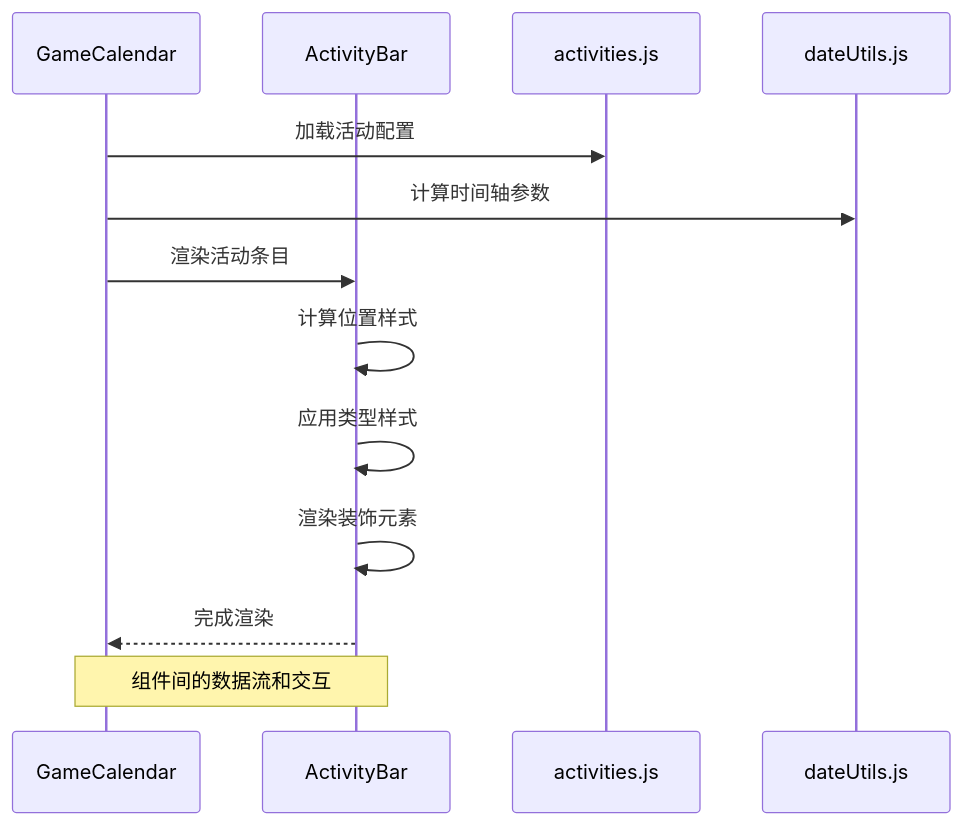
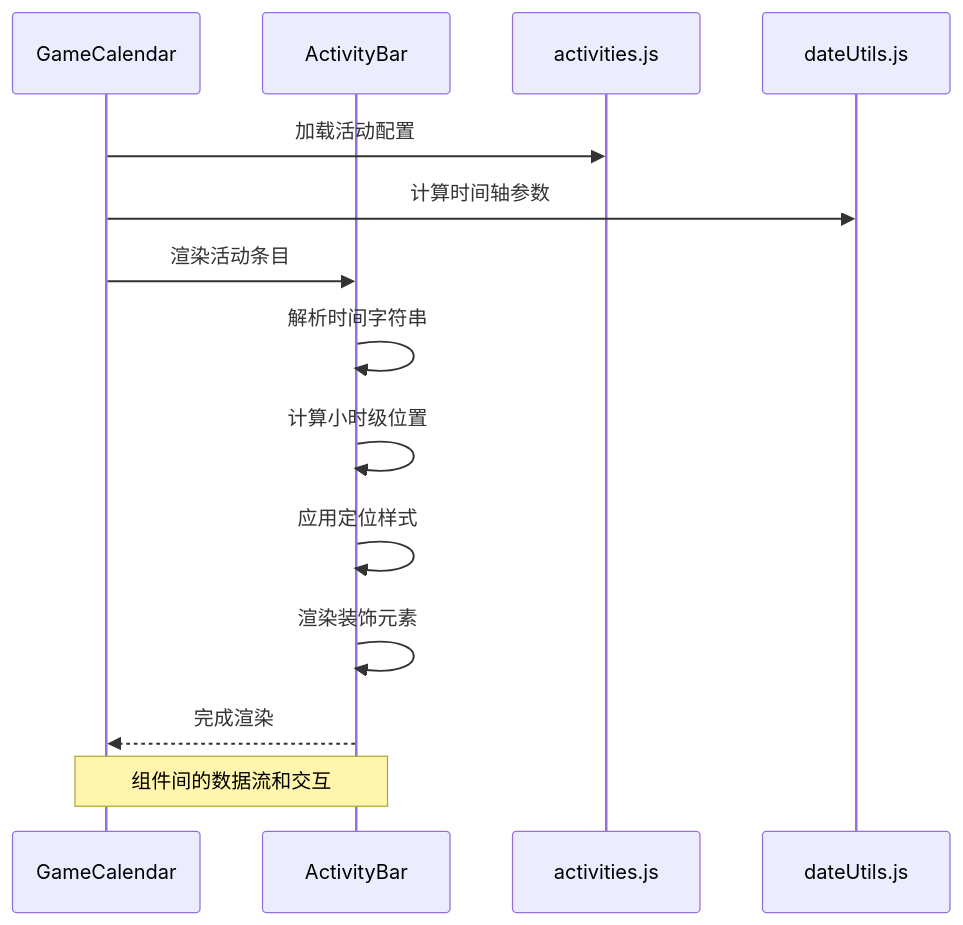
The second of 8 diagrams in .qoder/repowiki/zh/content/核心组件/ActivityBar 活动条目组件.md (xuanyulingnfeg/gameCalendar), drawn with Mermaid before and after one commit. The commit also changed other lines of this file and 5 other files, not shown here.

````diff
--- a/.qoder/repowiki/zh/content/核心组件/ActivityBar 活动条目组件.md
+++ b/.qoder/repowiki/zh/content/核心组件/ActivityBar 活动条目组件.md
@@ -129,15 +139,16 @@
 ```mermaid
 sequenceDiagram
 participant GC as GameCalendar
 participant AB as ActivityBar
 participant AC as activities.js
 participant DU as dateUtils.js
 GC->>AC : 加载活动配置
 GC->>DU : 计算时间轴参数
 GC->>AB : 渲染活动条目
-AB->>AB : 计算位置样式
-AB->>AB : 应用类型样式
+AB->>AB : 解析时间字符串
+AB->>AB : 计算小时级位置
+AB->>AB : 应用定位样式
 AB->>AB : 渲染装饰元素
 AB-->>GC : 完成渲染
 Note over GC,AB : 组件间的数据流和交互
 ```
````
